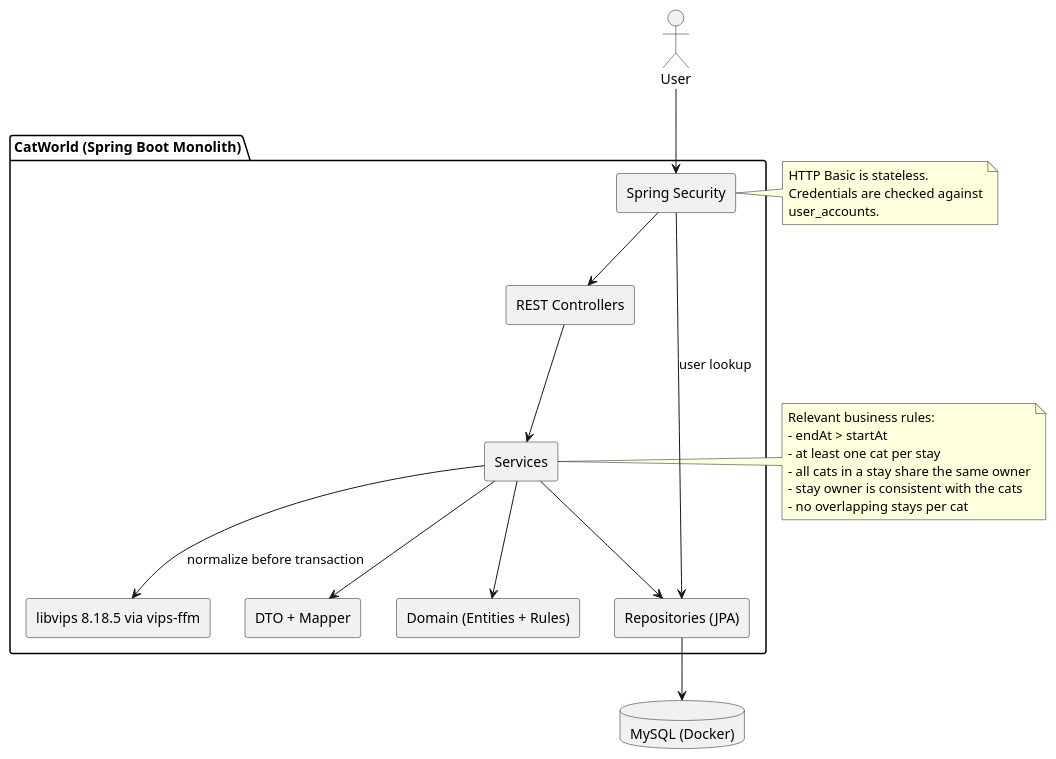
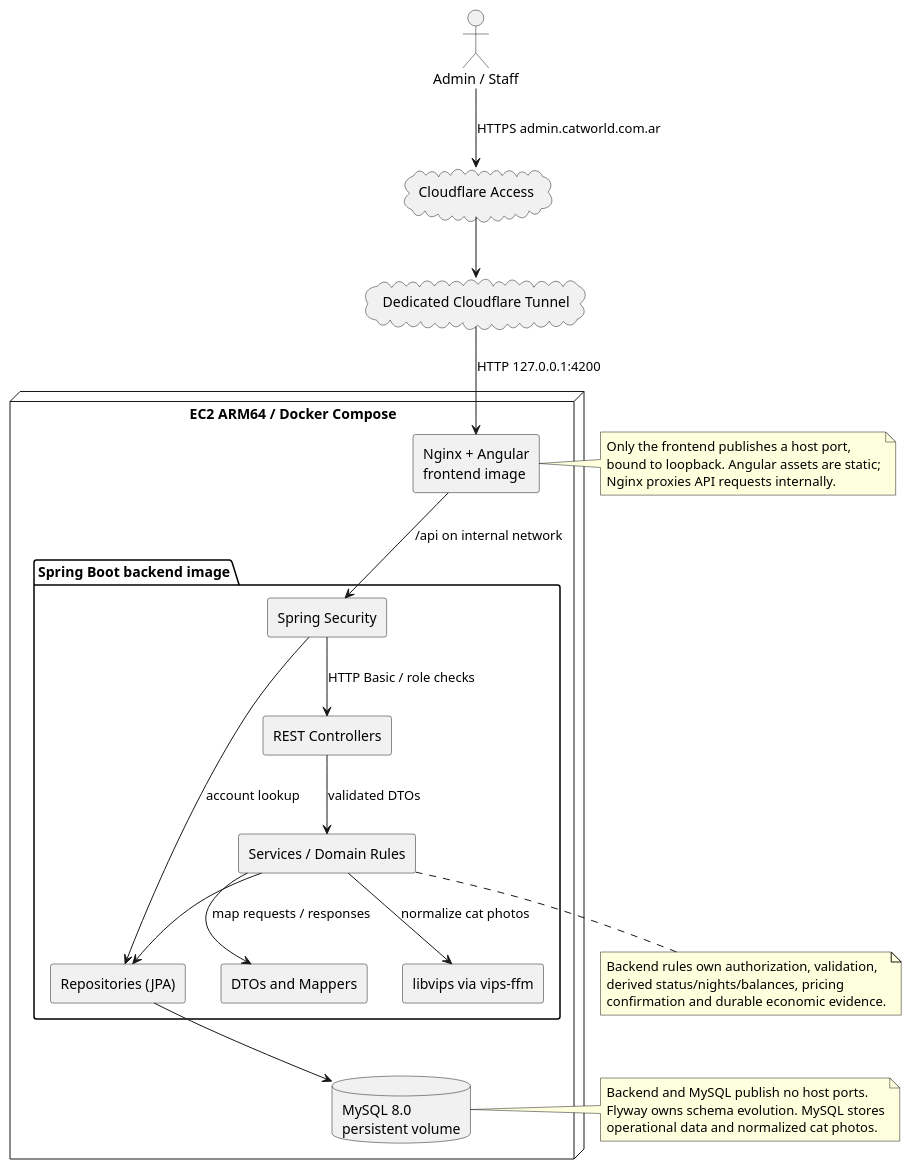
Before and after one commit to TheZenithPassage/catworld: the diagram in docs/uml/03-components.puml, drawn with PlantUML. The commit also changed 9 other files, not shown here.

Commit message:
docs: prepare CatWorld v1.2.0 architecture and operations (#436)

```diff
--- a/docs/uml/03-components.puml
+++ b/docs/uml/03-components.puml
@@ -1,43 +1,51 @@
 @startuml
 skinparam componentStyle rectangle
 
-actor "User" as user
+actor "Admin / Staff" as user
+cloud "Cloudflare Access" as access
+cloud "Dedicated Cloudflare Tunnel" as tunnel
 
-package "CatWorld (Spring Boot Monolith)" {
-  [Spring Security] as sec
-  [REST Controllers] as c
-  [DTO + Mapper] as m
-  [Services] as s
-  [Domain (Entities + Rules)] as d
-  [Repositories (JPA)] as r
-  [libvips 8.18.5 via vips-ffm] as vips
+node "EC2 ARM64 / Docker Compose" {
+  component "Nginx + Angular\nfrontend image" as frontend
+  package "Spring Boot backend image" {
+    [Spring Security] as sec
+    [REST Controllers] as controllers
+    [DTOs and Mappers] as dto
+    [Services / Domain Rules] as services
+    [Repositories (JPA)] as repositories
+    [libvips via vips-ffm] as vips
+  }
+  database "MySQL 8.0\npersistent volume" as db
 }
 
-database "MySQL (Docker)" as db
+user --> access : HTTPS admin.catworld.com.ar
+access --> tunnel
+tunnel --> frontend : HTTP 127.0.0.1:4200
+frontend --> sec : /api on internal network
+sec --> controllers : HTTP Basic / role checks
+sec --> repositories : account lookup
+controllers --> services : validated DTOs
+services --> dto : map requests / responses
+services --> repositories
+services --> vips : normalize cat photos
+repositories --> db
 
-user --> sec
-sec --> c
-sec --> r : user lookup
-c --> s
-s --> m
-s --> d
-s --> r
-s --> vips : normalize before transaction
-r --> db
-
-note right of s
-Relevant business rules:
-- endAt > startAt
-- at least one cat per stay
-- all cats in a stay share the same owner
-- stay owner is consistent with the cats
-- no overlapping stays per cat
+note right of frontend
+Only the frontend publishes a host port,
+bound to loopback. Angular assets are static;
+Nginx proxies API requests internally.
 end note
 
-note left of sec
-HTTP Basic is stateless.
-Credentials are checked against
-user_accounts.
+note right of db
+Backend and MySQL publish no host ports.
+Flyway owns schema evolution. MySQL stores
+operational data and normalized cat photos.
+end note
+
+note bottom of services
+Backend rules own authorization, validation,
+derived status/nights/balances, pricing
+confirmation and durable economic evidence.
 end note
 
 @enduml
```
